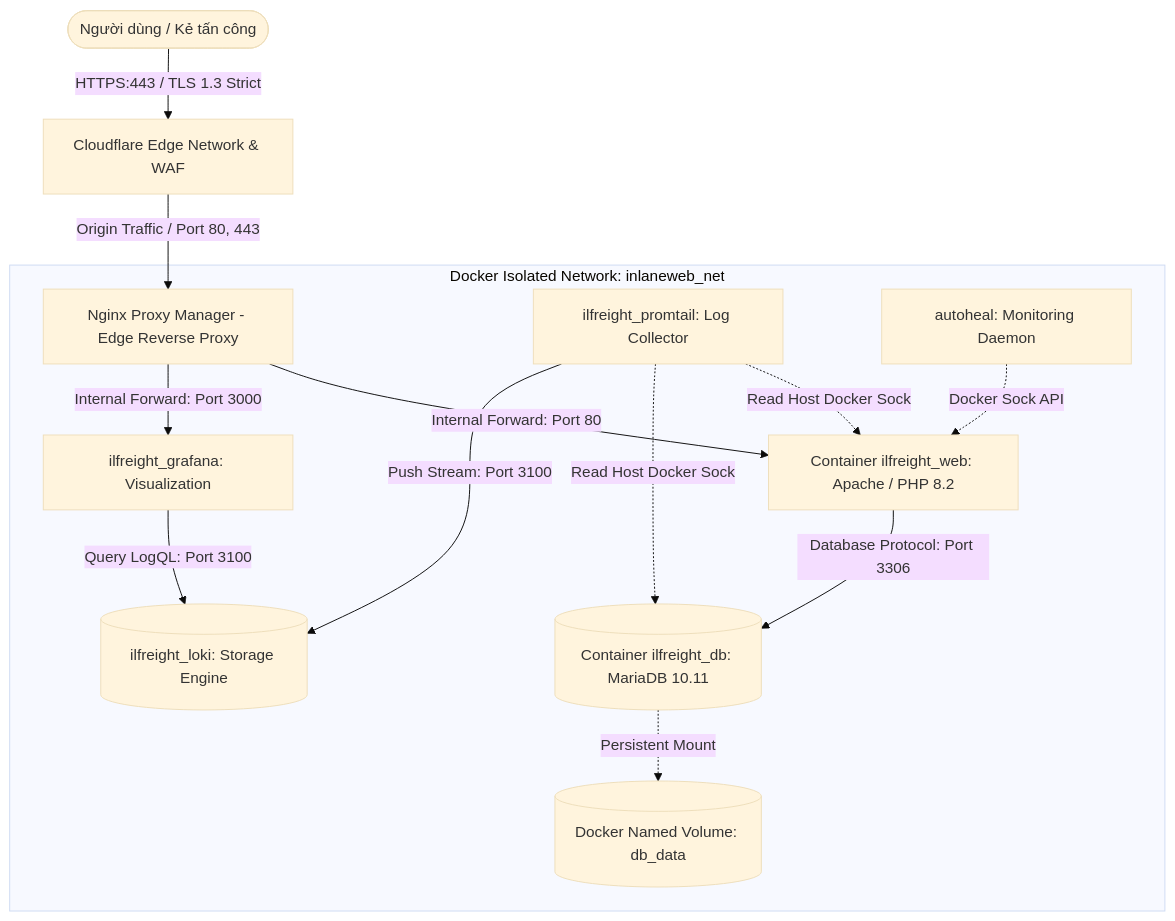
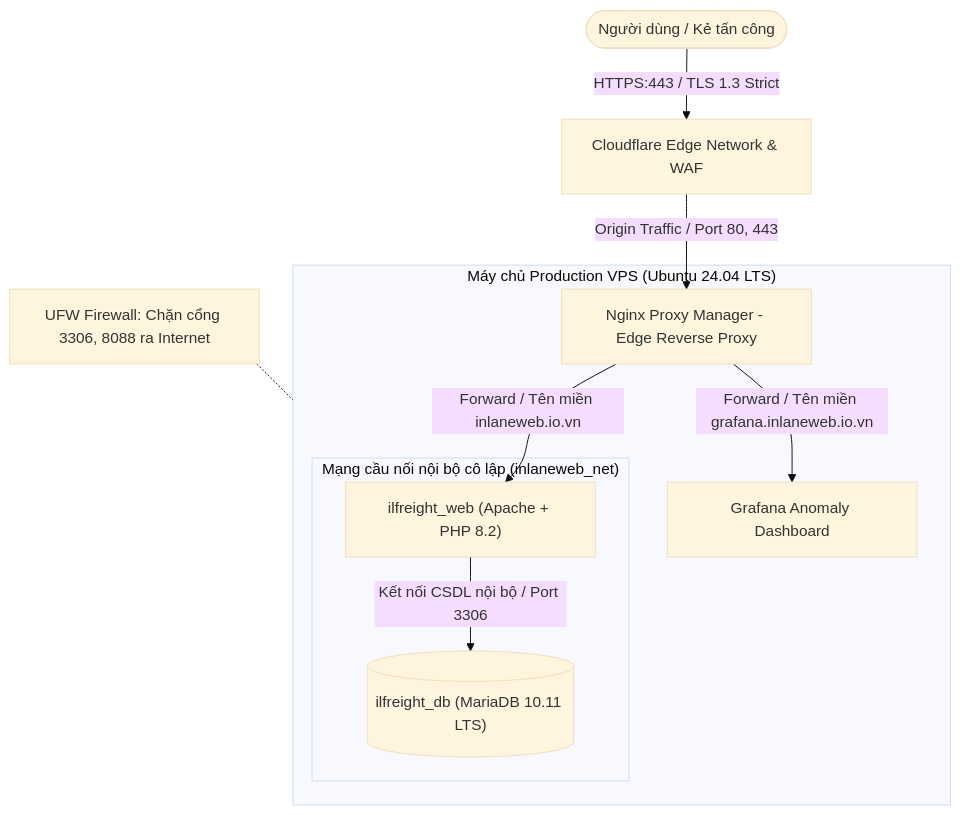
Before and after one commit to wtfwhoyouare/PTIT-DevOps-SonarQube: the third of 4 diagrams in docs/05-Báo cáo bài tập lớn DevSecOps.md, drawn with Mermaid (base theme). The commit also changed other lines of this file and 1 other file, not shown here.

````diff
--- a/docs/05-Báo cáo bài tập lớn DevSecOps.md
+++ b/docs/05-Báo cáo bài tập lớn DevSecOps.md
@@ -542,19 +272,16 @@
 ```mermaid
 graph TD
     User([Người dùng / Kẻ tấn công]) -->|HTTPS:443 / TLS 1.3 Strict| CF[Cloudflare Edge Network & WAF]
     CF -->|Origin Traffic / Port 80, 443| NPM[Nginx Proxy Manager - Edge Reverse Proxy]
     
-    subgraph Docker Isolated Network: inlaneweb_net
-        NPM -->|Internal Forward: Port 80| WEB[Container ilfreight_web: Apache / PHP 8.2]
-        WEB -->|Database Protocol: Port 3306| DB[(Container ilfreight_db: MariaDB 10.11)]
-        DB -.->|Persistent Mount| VOL[(Docker Named Volume: db_data)]
+    subgraph DOCKER_HOST["Máy chủ Production VPS (Ubuntu 24.04 LTS)"]
+        NPM -->|Forward / Tên miền inlaneweb.io.vn| WEB["ilfreight_web (Apache + PHP 8.2)"]
+        NPM -->|Forward / Tên miền grafana.inlaneweb.io.vn| GRAF["Grafana Anomaly Dashboard"]
         
-        PROM[ilfreight_promtail: Log Collector] -.->|Read Host Docker Sock| WEB
-        PROM -.->|Read Host Docker Sock| DB
-        PROM -->|Push Stream: Port 3100| LOKI[(ilfreight_loki: Storage Engine)]
-        GRAF[ilfreight_grafana: Visualization] -->|Query LogQL: Port 3100| LOKI
-        HEAL[autoheal: Monitoring Daemon] -.->|Docker Sock API| WEB
+        subgraph ISOLATED_NET["Mạng cầu nối nội bộ cô lập (inlaneweb_net)"]
+            WEB -->|Kết nối CSDL nội bộ / Port 3306| DB[("ilfreight_db (MariaDB 10.11 LTS)")]
+        end
     end
     
-    NPM -->|Internal Forward: Port 3000| GRAF
+    FIREWALL["UFW Firewall: Chặn cổng 3306, 8088 ra Internet"] -.- DOCKER_HOST
 ```
````
